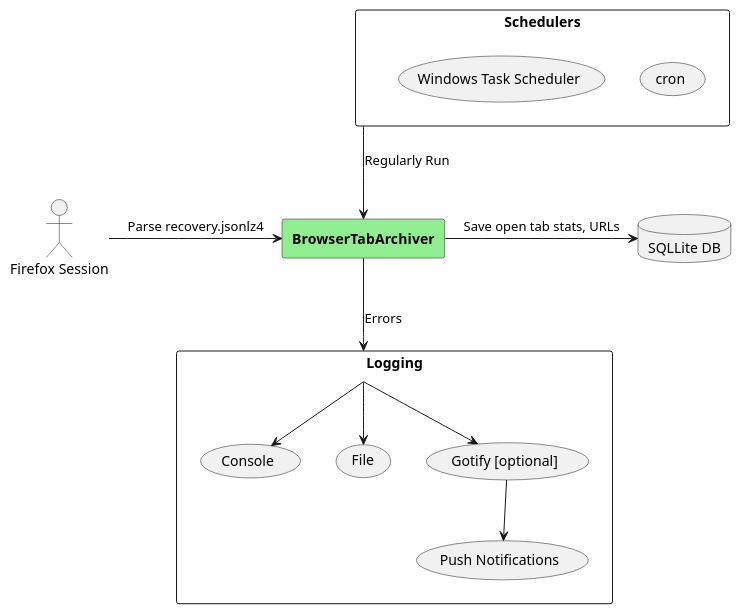
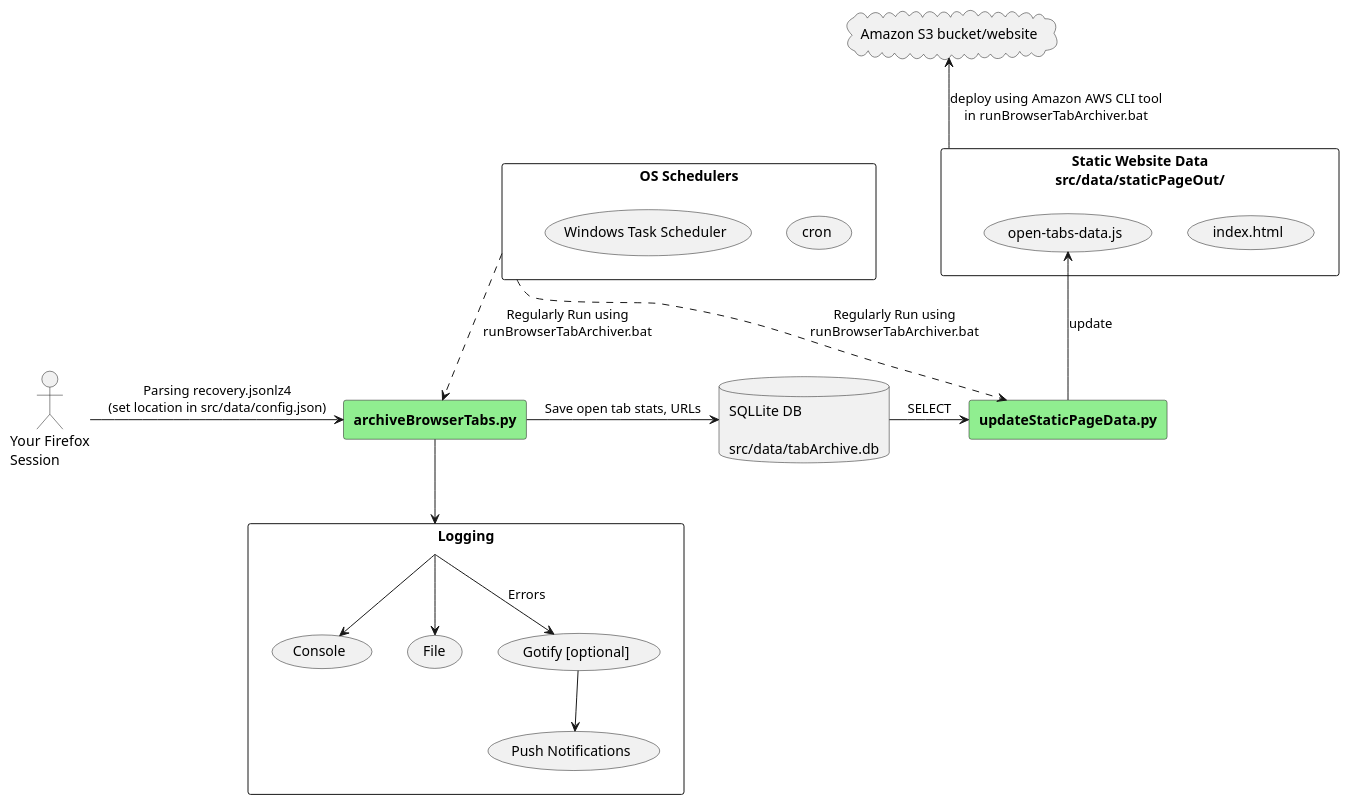
The diagram in doc/BrowserArchiverDiagrams.md (fenceFoil/BrowserTabStats), drawn with PlantUML before and after one commit. The commit also changed 18 other files, not shown here.

Commit message:
Added static website and generator. Updated readme and diagrams

````diff
--- a/doc/BrowserArchiverDiagrams.md
+++ b/doc/BrowserArchiverDiagrams.md
@@ -1,27 +1,40 @@
 ```plantuml
 @startuml
-rectangle "**BrowserTabArchiver**" as bta #lightgreen
+rectangle "**archiveBrowserTabs.py**" as bta #lightgreen
 
-"Firefox Session" as session
-session -> bta: Parse recovery.jsonlz4
+"Your Firefox\nSession" as session
+session -> bta: Parsing recovery.jsonlz4\n(set location in src/data/config.json)
 
-rectangle "Schedulers" as sched {
+rectangle "OS Schedulers" as sched {
     (cron)
     (Windows Task Scheduler)
 }
 
 rectangle "Logging" as btalog {
     btalog --> (Console)
     btalog --> (File)
-    btalog --> (Gotify [optional])
+    btalog --> (Gotify [optional]): Errors
     (Gotify [optional]) --> (Push Notifications)
 }
 
-sched --> bta: Regularly Run
-bta --> btalog: Errors
+sched ..> bta: Regularly Run using\nrunBrowserTabArchiver.bat
+bta --> btalog
 
-database "SQLLite DB" as db
+database "SQLLite DB\n\nsrc/data/tabArchive.db" as db
 bta -> db: Save open tab stats, URLs
+
+rectangle "Static Website Data\nsrc/data/staticPageOut/" as res {
+    (index.html)
+    (open-tabs-data.js) as data
+}
+
+rectangle "**updateStaticPageData.py**" as update #lightgreen
+db -> update: SELECT
+data <-- update: update
+sched ..> update: Regularly Run using\nrunBrowserTabArchiver.bat
+
+cloud "Amazon S3 bucket/website" as s3
+s3 <-- res: deploy using Amazon AWS CLI tool\nin runBrowserTabArchiver.bat
 
 @enduml
 ```
````
